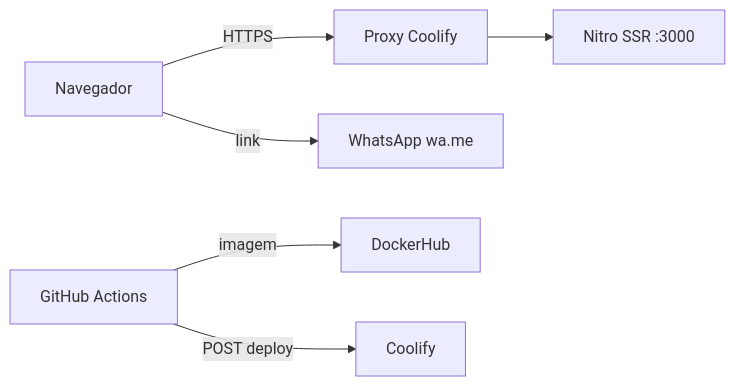
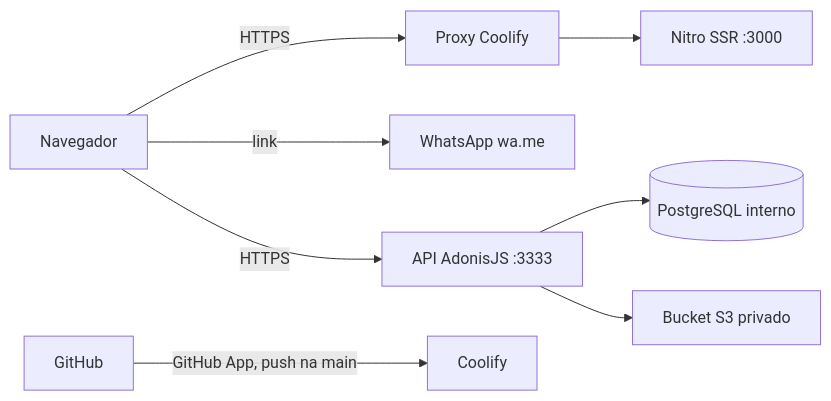
Before and after one commit to jhollyfer/maiyu.com.br: the diagram in docs/SECURITY.md, drawn with Mermaid. The commit also changed other lines of this file and 8 other files, not shown here.

````diff
--- a/docs/SECURITY.md
+++ b/docs/SECURITY.md
@@ -25,8 +25,10 @@
 ```mermaid
 flowchart LR
   user[Navegador] -->|HTTPS| proxy[Proxy Coolify]
   proxy --> web[Nitro SSR :3000]
   user -->|link| wa[WhatsApp wa.me]
-  gh[GitHub Actions] -->|imagem| hub[DockerHub]
-  gh -->|POST deploy| cool[Coolify]
+  user -->|HTTPS| api[API AdonisJS :3333]
+  api --> db[(PostgreSQL interno)]
+  api --> bucket[Bucket S3 privado]
+  git[GitHub] -->|GitHub App, push na main| cool[Coolify]
 ```
````
